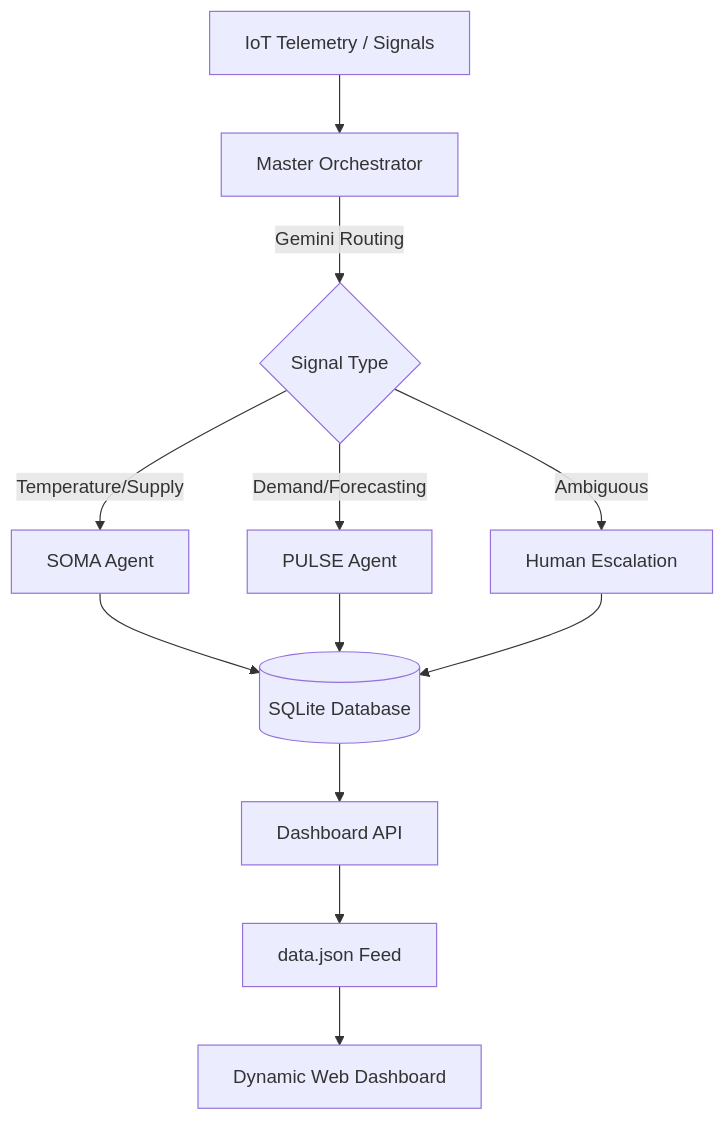
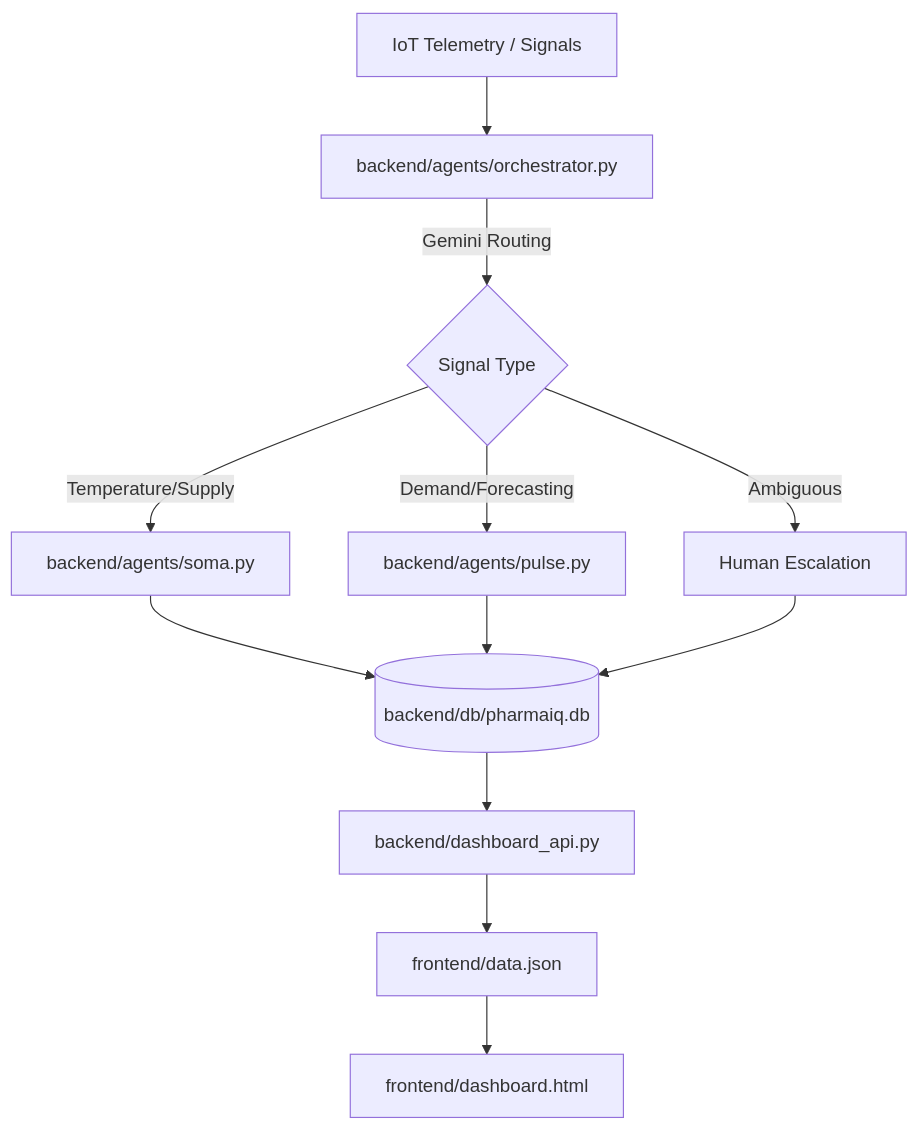
The diagram in README.md (aryan2180502-beep/PharmaIQ), drawn with Mermaid before and after one commit. The commit also changed other lines of this file and 25 other files, not shown here.

````diff
--- a/README.md
+++ b/README.md
@@ -9,16 +9,16 @@
 ```mermaid
 graph TD
-    A[IoT Telemetry / Signals] --> B[Master Orchestrator]
+    A[IoT Telemetry / Signals] --> B[backend/agents/orchestrator.py]
     B -->|Gemini Routing| C{Signal Type}
-    C -->|Temperature/Supply| D[SOMA Agent]
-    C -->|Demand/Forecasting| E[PULSE Agent]
+    C -->|Temperature/Supply| D[backend/agents/soma.py]
+    C -->|Demand/Forecasting| E[backend/agents/pulse.py]
     C -->|Ambiguous| F[Human Escalation]
     
-    D --> G[(SQLite Database)]
+    D --> G[(backend/db/pharmaiq.db)]
     E --> G
     F --> G
     
-    G --> H[Dashboard API]
-    H --> I[data.json Feed]
-    I --> J[Dynamic Web Dashboard]
+    G --> H[backend/dashboard_api.py]
+    H --> I[frontend/data.json]
+    I --> J[frontend/dashboard.html]
 ```
````
